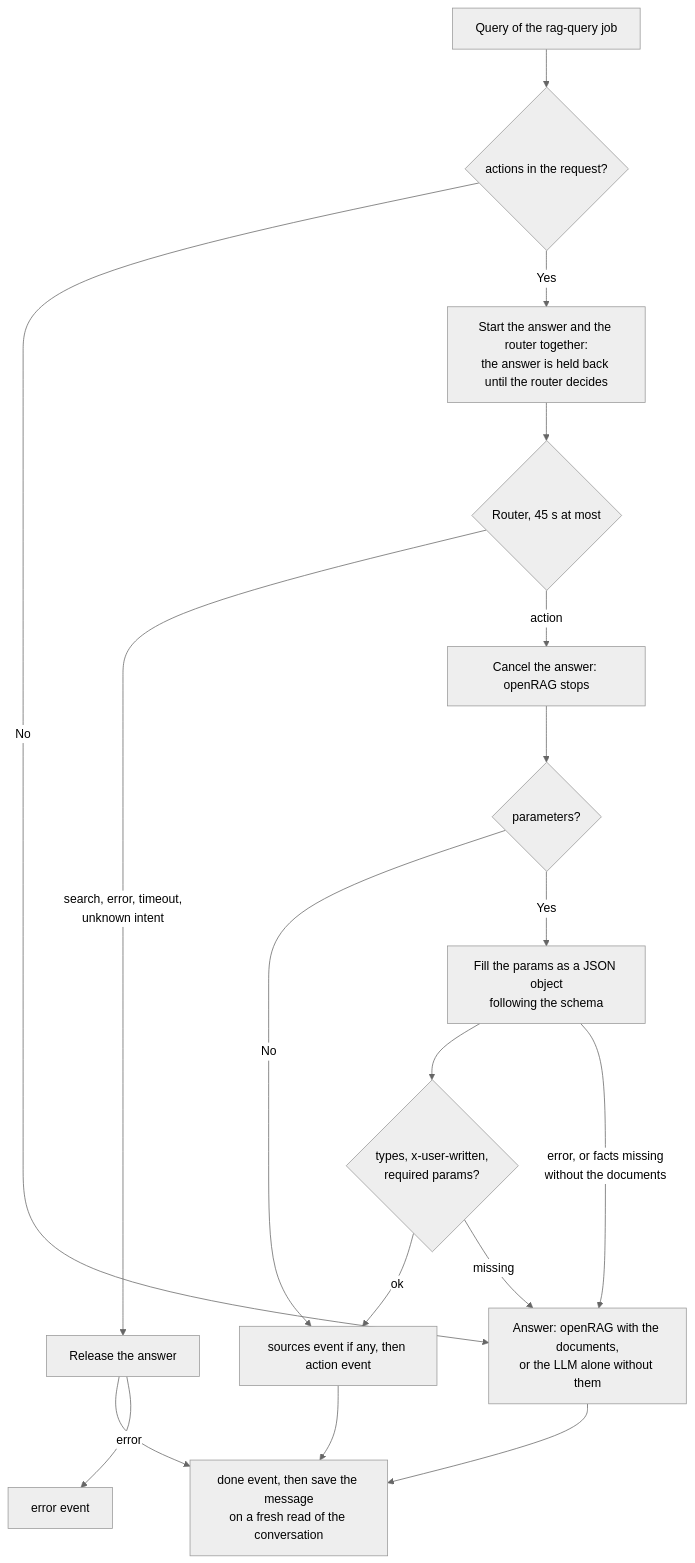
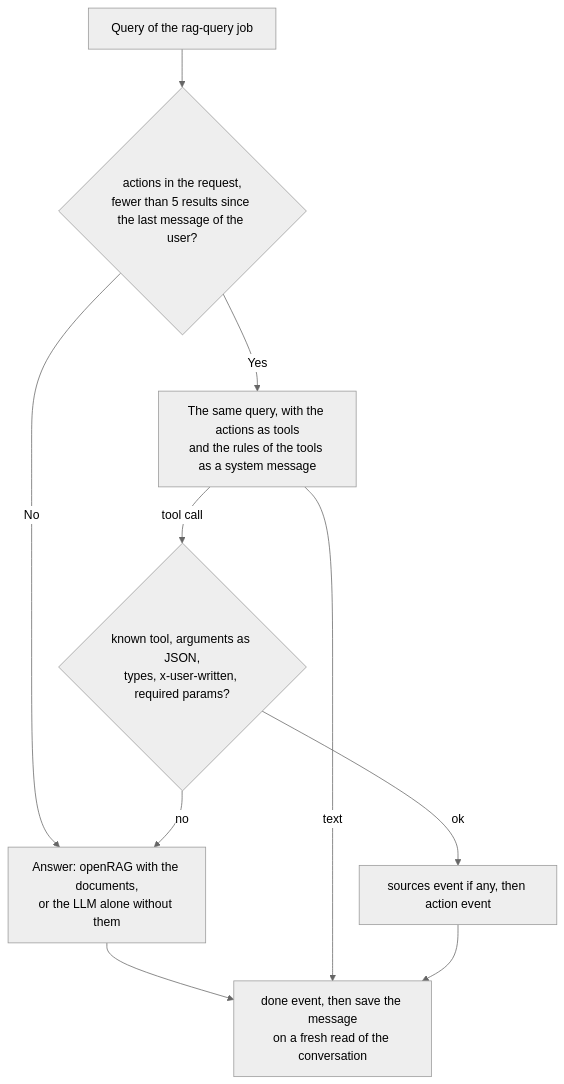
The diagram in docs/ai.md (linagora/cozy-stack), drawn with Mermaid (neutral theme) before and after one commit. The commit also changed other lines of this file, not shown here.

Commit message:
docs(ai): Document the chat actions as the tools of the LLM

````diff
--- a/docs/ai.md
+++ b/docs/ai.md
@@ -653,21 +657,13 @@
 ```mermaid
 flowchart TD
-    Q[Query of the rag-query job] --> HAS{actions in the request?}
+    Q[Query of the rag-query job] --> HAS{actions in the request,<br>fewer than 5 results since the last message of the user?}
     HAS -- No --> ANS[Answer: openRAG with the documents,<br>or the LLM alone without them]
     ANS --> SAVE
-    HAS -- Yes --> PAR[Start the answer and the router together:<br>the answer is held back until the router decides]
-    PAR --> ROUTE{Router, 45 s at most}
-    ROUTE -- search, error, timeout,<br>unknown intent --> REL[Release the answer]
-    REL --> SAVE
-    REL -- error --> ERR[error event]
-    ROUTE -- action --> CANCEL[Cancel the answer: openRAG stops]
-    CANCEL --> PARAMS{parameters?}
-    PARAMS -- No --> ACT
-    PARAMS -- Yes --> FILL[Fill the params as a JSON object<br>following the schema]
-    FILL --> CHECK{types, x-user-written,<br>required params?}
+    HAS -- Yes --> TOOLS[The same query, with the actions as tools<br>and the rules of the tools as a system message]
+    TOOLS -- text --> SAVE
+    TOOLS -- tool call --> CHECK{known tool, arguments as JSON,<br>types, x-user-written, required params?}
     CHECK -- ok --> ACT[sources event if any, then action event]
-    CHECK -- missing --> ANS
-    FILL -- error, or facts missing<br>without the documents --> ANS
+    CHECK -- no --> ANS
     ACT --> SAVE
     SAVE[done event, then save the message<br>on a fresh read of the conversation]
 ```
````
